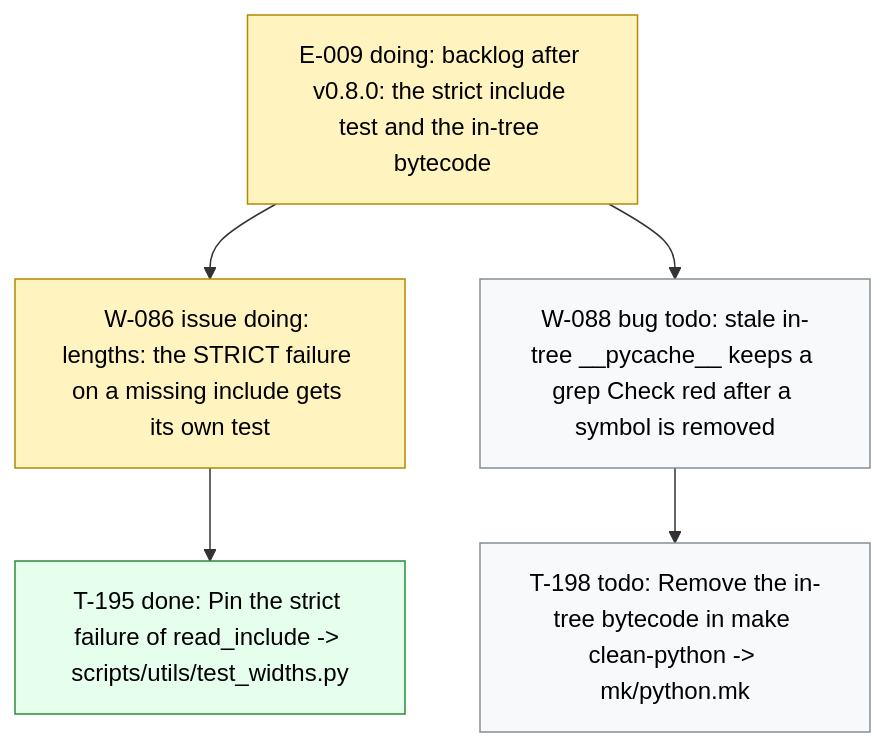
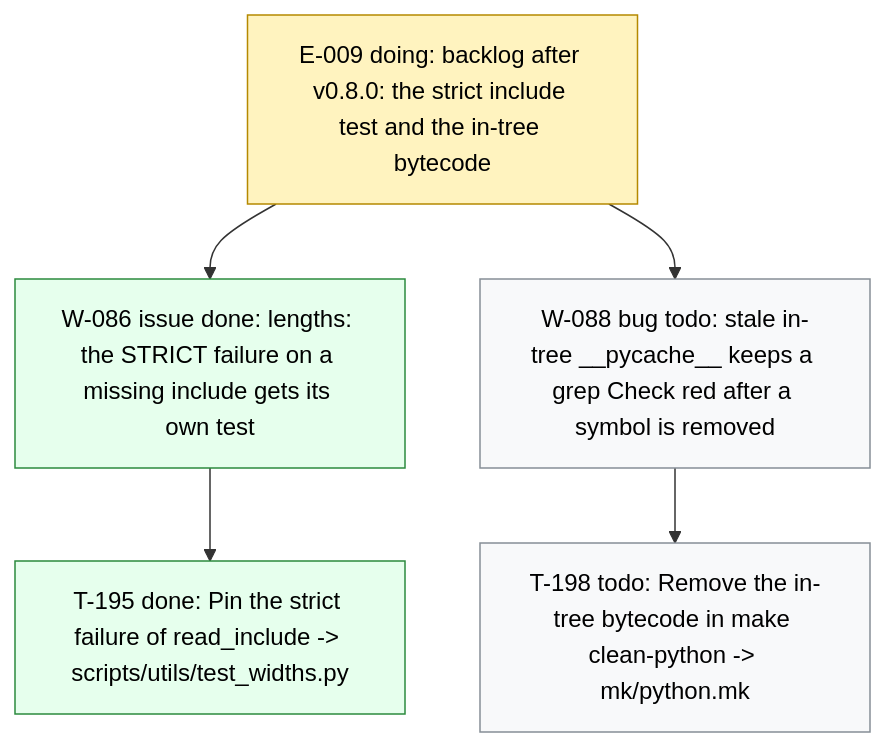
The diagram in .board/BOARD.md (dpopchev/chaos-to-simple), drawn with Mermaid before and after one commit. The commit also changed other lines of this file and 1 other file, not shown here.

Commit message:
chore(board): close W-086 -- landed
Refs: W-086

````diff
--- a/.board/BOARD.md
+++ b/.board/BOARD.md
@@ -520,16 +520,16 @@
 ```mermaid
 flowchart TD
   E009["E-009 doing: backlog after v0.8.0: the strict include test and the in-tree bytecode"]
-  E009 --> W086["W-086 issue doing: lengths: the STRICT failure on a missing include gets its own test"]
+  E009 --> W086["W-086 issue done: lengths: the STRICT failure on a missing include gets its own test"]
   W086 --> T195["T-195 done: Pin the strict failure of read_include -> scripts/utils/test_widths.py"]
   E009 --> W088["W-088 bug todo: stale in-tree __pycache__ keeps a grep Check red after a symbol is removed"]
   W088 --> T198["T-198 todo: Remove the in-tree bytecode in make clean-python -> mk/python.mk"]
   classDef doing fill:#fff3bf,stroke:#b58900,color:#000;
   classDef blocked fill:#ffe3e3,stroke:#c92a2a,color:#000;
   classDef done fill:#e6ffed,stroke:#2b8a3e,color:#000;
   classDef todo fill:#f8f9fa,stroke:#868e96,color:#000;
   classDef pruned fill:#f1f3f5,stroke:#adb5bd,color:#000;
-  class E009,W086 doing
-  class T195 done
+  class E009 doing
+  class W086,T195 done
   class W088,T198 todo
 ```
````
